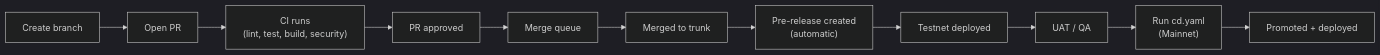
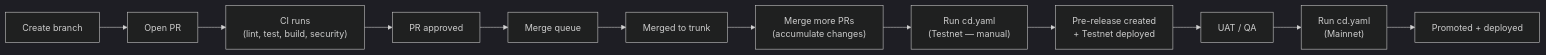
One commit to irken-empire/ic-siwa changed the second of 3 diagrams in docs/ci-cd.md. Above: the diagram before and after it, drawn with Mermaid (dark theme). The commit also changed other lines of this file and 1 other file, not shown here.

Commit message:
fix(ci): release process

````diff
--- a/docs/ci-cd.md
+++ b/docs/ci-cd.md
@@ -27,13 +26,14 @@
 ```mermaid
 graph LR
     A["Create branch"] --> B["Open PR"]
     B --> C["CI runs<br/>(lint, test, build, security)"]
     C --> D["PR approved"]
     D --> E["Merge queue"]
     E --> F["Merged to trunk"]
-    F --> G["Pre-release created<br/>(automatic)"]
-    G --> H["Testnet deployed"]
-    H --> I["UAT / QA"]
-    I --> J["Run cd.yaml<br/>(Mainnet)"]
-    J --> K["Promoted + deployed"]
+    F --> G["Merge more PRs<br/>(accumulate changes)"]
+    G --> H["Run cd.yaml<br/>(Testnet — manual)"]
+    H --> I["Pre-release created<br/>+ Testnet deployed"]
+    I --> J["UAT / QA"]
+    J --> K["Run cd.yaml<br/>(Mainnet)"]
+    K --> L["Promoted + deployed"]
 ```
````
